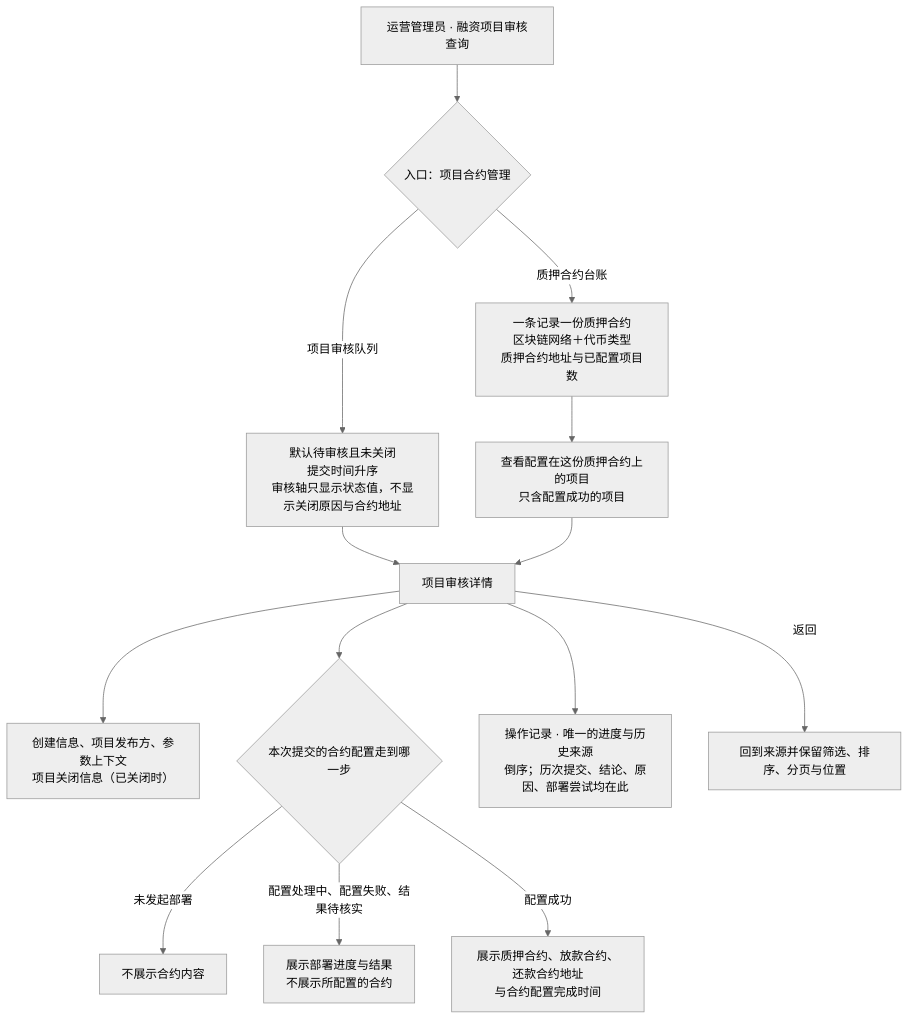
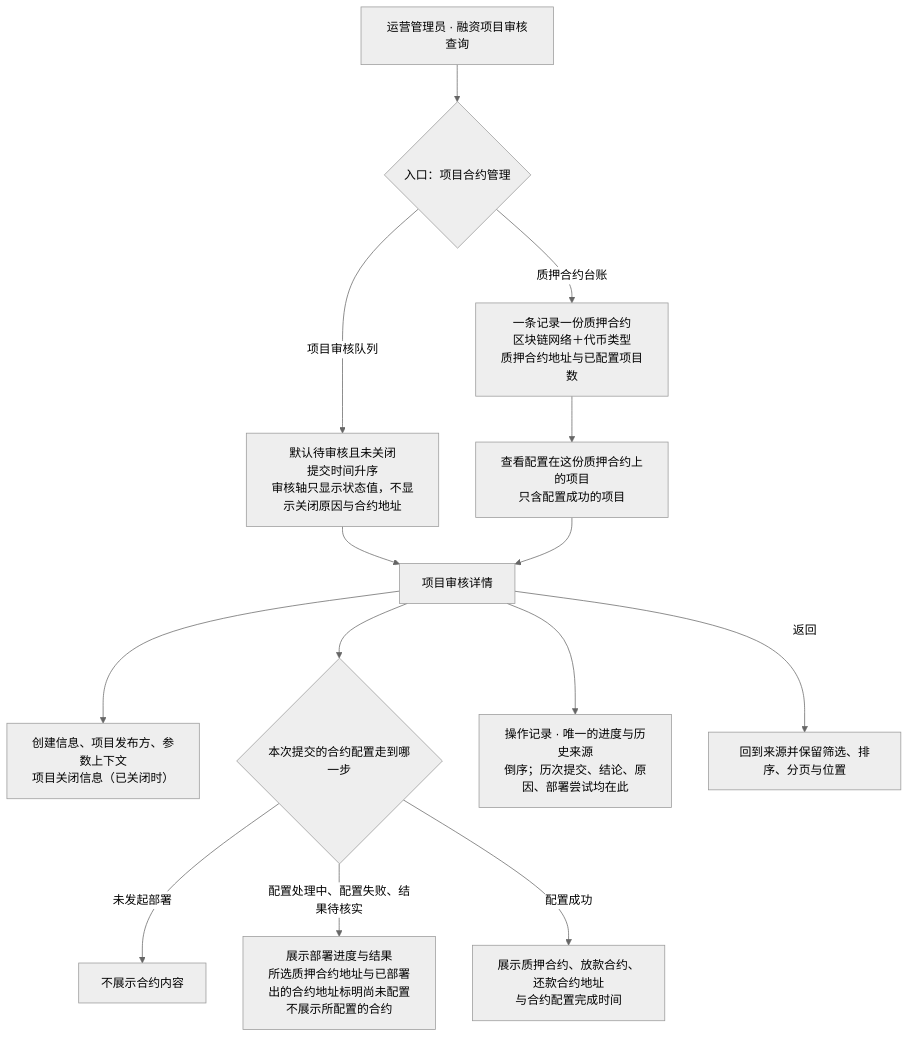
Before and after one commit to wxblockchain/Chain-Financing: the third of 5 diagrams in lending-platform/PRD/运营端/04-运营端项目合约管理/02-运营端项目合约管理-流程图与状态机.md, drawn with Mermaid (neutral theme). The commit also changed 38 other files, not shown here.

````diff
--- a/lending-platform/PRD/运营端/04-运营端项目合约管理/02-运营端项目合约管理-流程图与状态机.md
+++ b/lending-platform/PRD/运营端/04-运营端项目合约管理/02-运营端项目合约管理-流程图与状态机.md
@@ -77,16 +77,16 @@
 ```mermaid
 flowchart TD
   A["运营管理员 · 融资项目审核查询"] --> B{"入口：项目合约管理"}
   B -- "项目审核队列" --> C["默认待审核且未关闭<br/>提交时间升序<br/>审核轴只显示状态值，不显示关闭原因与合约地址"]
   B -- "质押合约台账" --> D["一条记录一份质押合约<br/>区块链网络＋代币类型<br/>质押合约地址与已配置项目数"]
   D --> D1["查看配置在这份质押合约上的项目<br/>只含配置成功的项目"]
   C --> E["项目审核详情"]
   D1 --> E
   E --> F["创建信息、项目发布方、参数上下文<br/>项目关闭信息（已关闭时）"]
   E --> G{"本次提交的合约配置走到哪一步"}
   G -- "未发起部署" --> G1["不展示合约内容"]
-  G -- "配置处理中、配置失败、结果待核实" --> G2["展示部署进度与结果<br/>不展示所配置的合约"]
+  G -- "配置处理中、配置失败、结果待核实" --> G2["展示部署进度与结果<br/>所选质押合约地址与已部署出的合约地址标明尚未配置<br/>不展示所配置的合约"]
   G -- "配置成功" --> G3["展示质押合约、放款合约、还款合约地址<br/>与合约配置完成时间"]
   E --> J["操作记录 · 唯一的进度与历史来源<br/>倒序；历次提交、结论、原因、部署尝试均在此"]
   E -- "返回" --> K["回到来源并保留筛选、排序、分页与位置"]
 ```
````
